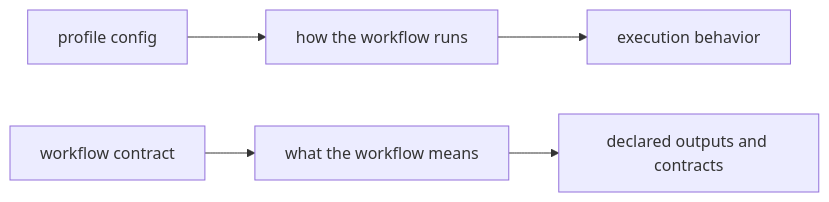
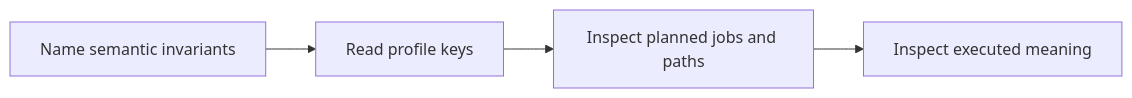
Before and after one commit to bijux/bijux-masterclass: the first of 2 diagrams in programs/reproducible-research/deep-dive-snakemake/course-book/module-08-operating-contexts-execution-policy/profiles-as-policy-and-semantic-boundaries.md, drawn with Mermaid. The commit also changed other lines of this file, not shown here.

Commit message:
docs(snakemake): teach profile boundary classification

````diff
--- a/programs/reproducible-research/deep-dive-snakemake/course-book/module-08-operating-contexts-execution-policy/profiles-as-policy-and-semantic-boundaries.md
+++ b/programs/reproducible-research/deep-dive-snakemake/course-book/module-08-operating-contexts-execution-policy/profiles-as-policy-and-semantic-boundaries.md
@@ -90,7 +31,9 @@
 ```mermaid
 flowchart LR
-  profile["profile config"] --> policy["how the workflow runs"]
-  snakefile["workflow contract"] --> meaning["what the workflow means"]
-  policy --> execution["execution behavior"]
-  meaning --> outputs["declared outputs and contracts"]
+  meaning["Name semantic invariants"]
+  profile["Read profile keys"]
+  plan["Inspect planned jobs and paths"]
+  artifact["Inspect executed meaning"]
+
+  meaning --> profile --> plan --> artifact
 ```
````
